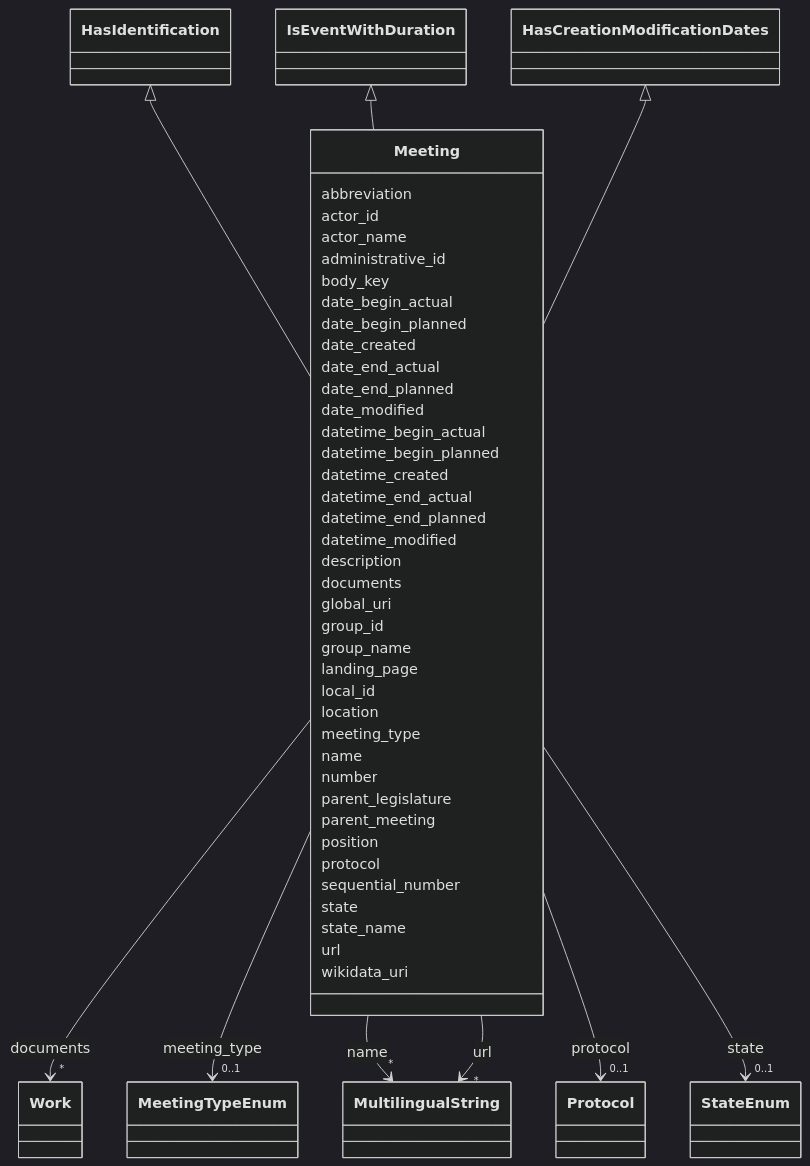
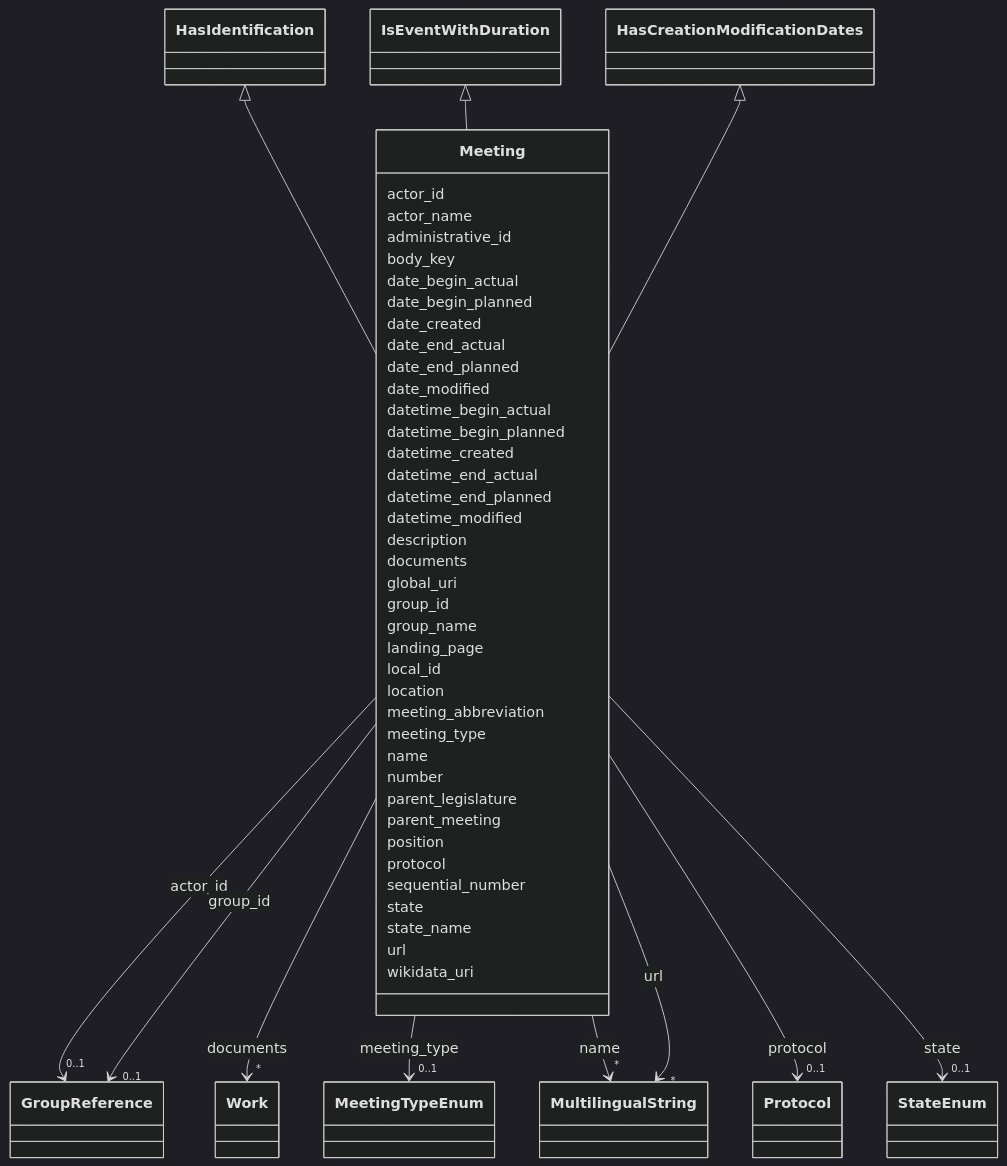
Before and after one commit to swiss/political-affairs-ech-group: the third of 15 diagrams in ech-0293_operations/output/documentation_merged.md, drawn with Mermaid (dark theme). The commit also changed other lines of this file and 27 other files, not shown here.

```diff
--- a/ech-0293_operations/output/documentation_merged.md
+++ b/ech-0293_operations/output/documentation_merged.md
@@ -1662,9 +1696,16 @@
       HasCreationModificationDates <|-- Meeting
         click HasCreationModificationDates href "../HasCreationModificationDates/"
       
-      Meeting : abbreviation
+      Meeting : actor_id
         
-      Meeting : actor_id
+          
+    
+        
+        
+        Meeting --> "0..1" GroupReference : actor_id
+        click GroupReference href "../GroupReference/"
+    
+
         
       Meeting : actor_name
         
@@ -1713,6 +1754,15 @@
         
       Meeting : group_id
         
+          
+    
+        
+        
+        Meeting --> "0..1" GroupReference : group_id
+        click GroupReference href "../GroupReference/"
+    
+
+        
       Meeting : group_name
         
       Meeting : landing_page
@@ -1720,6 +1770,8 @@
       Meeting : local_id
         
       Meeting : location
+        
+      Meeting : meeting_abbreviation
         
       Meeting : meeting_type
         
```
